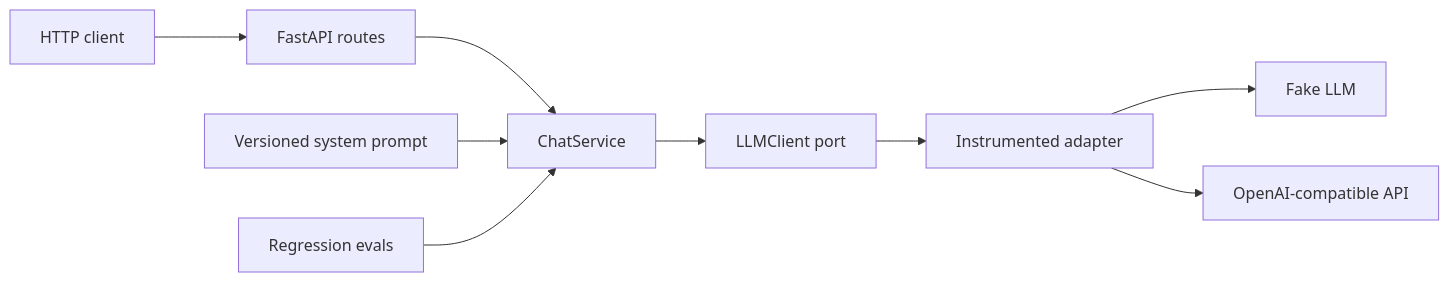
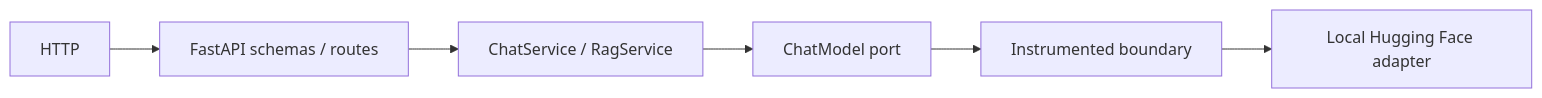
One commit to fazzilka/AI_Engineer_template changed the first of 3 diagrams in docs/architecture.md. Above: the diagram before and after it, drawn with Mermaid. The commit also changed other lines of this file and 2 other files, not shown here.

Commit message:
docs(architecture): describe local RAG boundaries

````diff
--- a/docs/architecture.md
+++ b/docs/architecture.md
@@ -6,11 +17,8 @@
 ```mermaid
 flowchart LR
-    Client["HTTP client"] --> API["FastAPI routes"]
-    API --> UseCase["ChatService"]
-    UseCase --> Port["LLMClient port"]
-    Port --> Metrics["Instrumented adapter"]
-    Metrics --> Fake["Fake LLM"]
-    Metrics --> Remote["OpenAI-compatible API"]
-    Prompt["Versioned system prompt"] --> UseCase
-    Evals["Regression evals"] --> UseCase
+    HTTP["HTTP"] --> API["FastAPI schemas / routes"]
+    API --> CHAT["ChatService / RagService"]
+    CHAT --> PORT["ChatModel port"]
+    PORT --> METRICS["Instrumented boundary"]
+    METRICS --> HF["Local Hugging Face adapter"]
 ```
````
